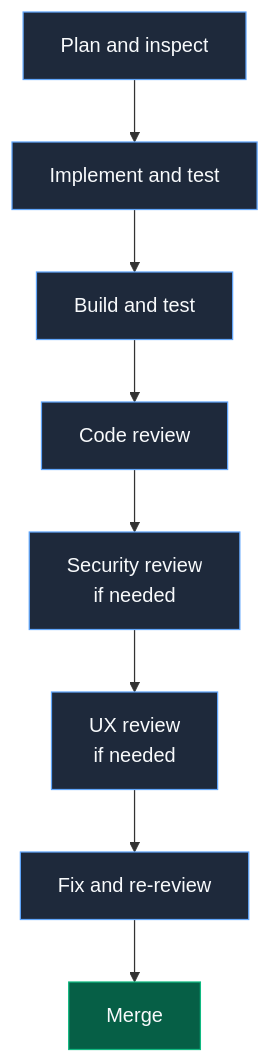
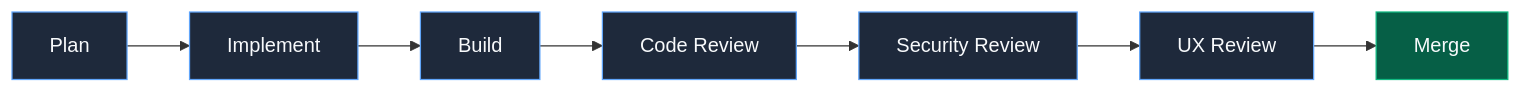
The diagram in README.md (wmorgan69/light-controller-simulator), drawn with Mermaid before and after one commit.

Commit message:
Revert to horizontal left-right flowchart layout
Simple LR layout that wraps naturally to two lines.
Minimal nodes, no decision branching to avoid render issues.

````diff
--- a/README.md
+++ b/README.md
@@ -9,25 +9,12 @@
 ```mermaid
-flowchart TD
-  A["Plan and inspect"]
-  B["Implement and test"]
-  C["Build and test"]
-  D["Code review"]
-  E["Security review<br/>if needed"]
-  F["UX review<br/>if needed"]
-  G["Fix and re-review"]
-  H["Merge"]
-  
-  A --> B
-  B --> C
-  C --> D
-  D --> E
-  E --> F
-  F --> G
-  G --> H
+flowchart LR
+  A["Plan"] --> B["Implement"] --> C["Build"] --> D["Code Review"]
+  D --> E["Security Review"]
+  E --> F["UX Review"] --> G["Merge"]
   
   classDef stage fill:#1E293B,stroke:#60A5FA,color:#F8FAFC;
   classDef outcome fill:#065F46,stroke:#10B981,color:#F8FAFC;
   
-  class A,B,C,D,E,F,G stage;
-  class H outcome;
+  class A,B,C,D,E,F stage;
+  class G outcome;
 ```
````
